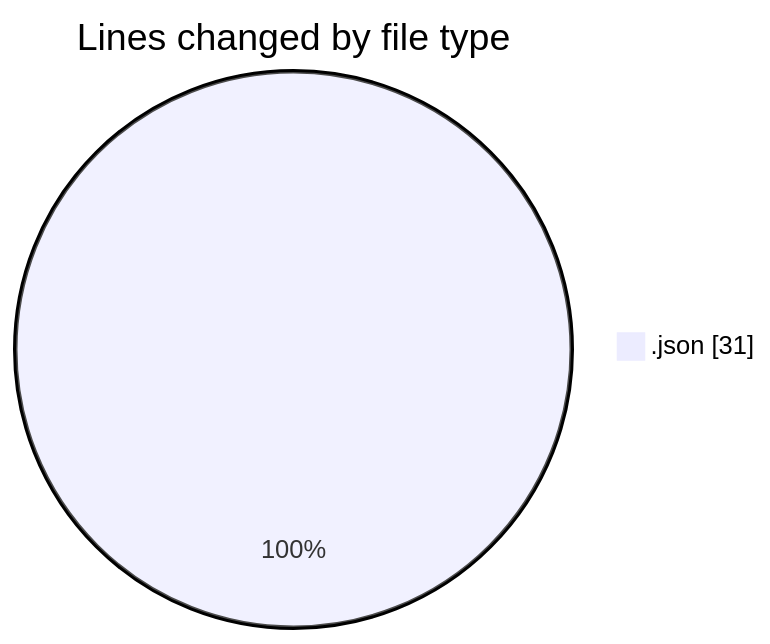
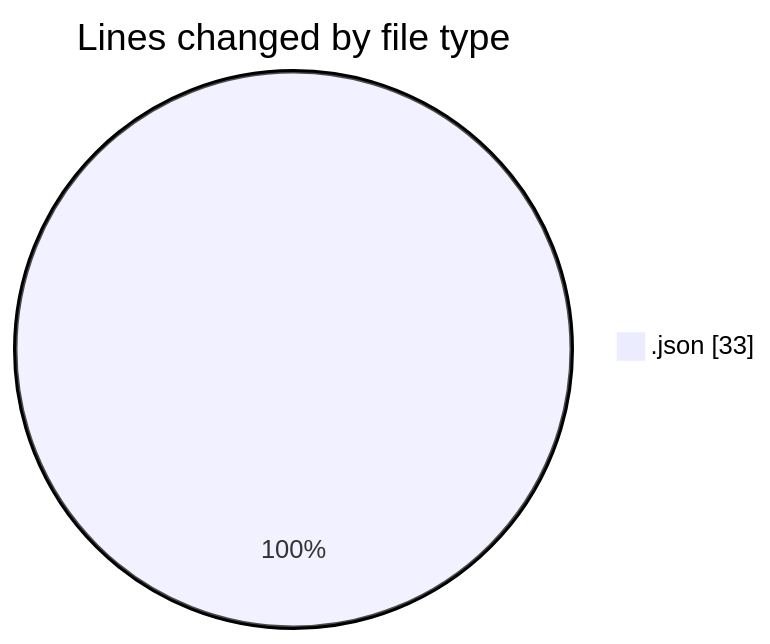
The first of 2 diagrams in 2025-05-07/scripts__workspace_/README.md (earendildev/code-tracking), drawn with Mermaid before and after one commit. The commit also changed other lines of this file and 1 other file, not shown here.

````diff
--- a/2025-05-07/scripts__workspace_/README.md
+++ b/2025-05-07/scripts__workspace_/README.md
@@ -20,5 +20,5 @@
 ```mermaid
 pie showData
 title Lines changed by file type
-".json" : 31
+".json" : 33
 ```
````
